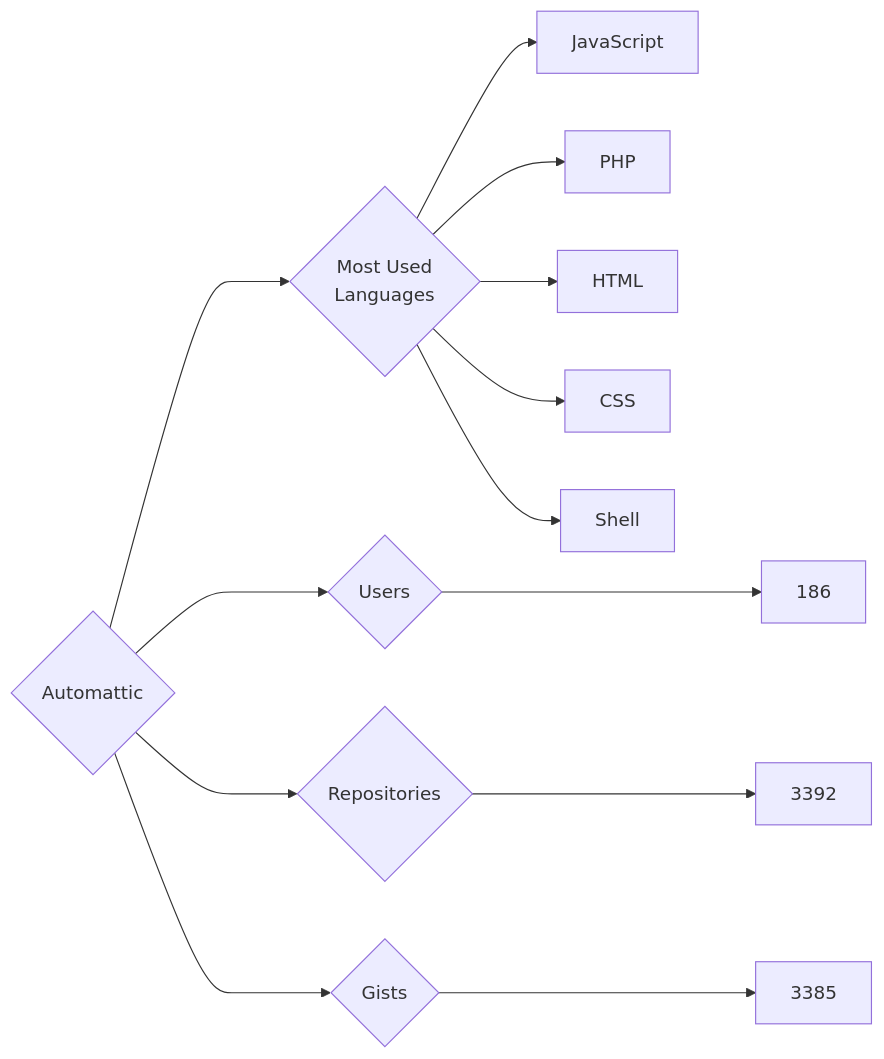
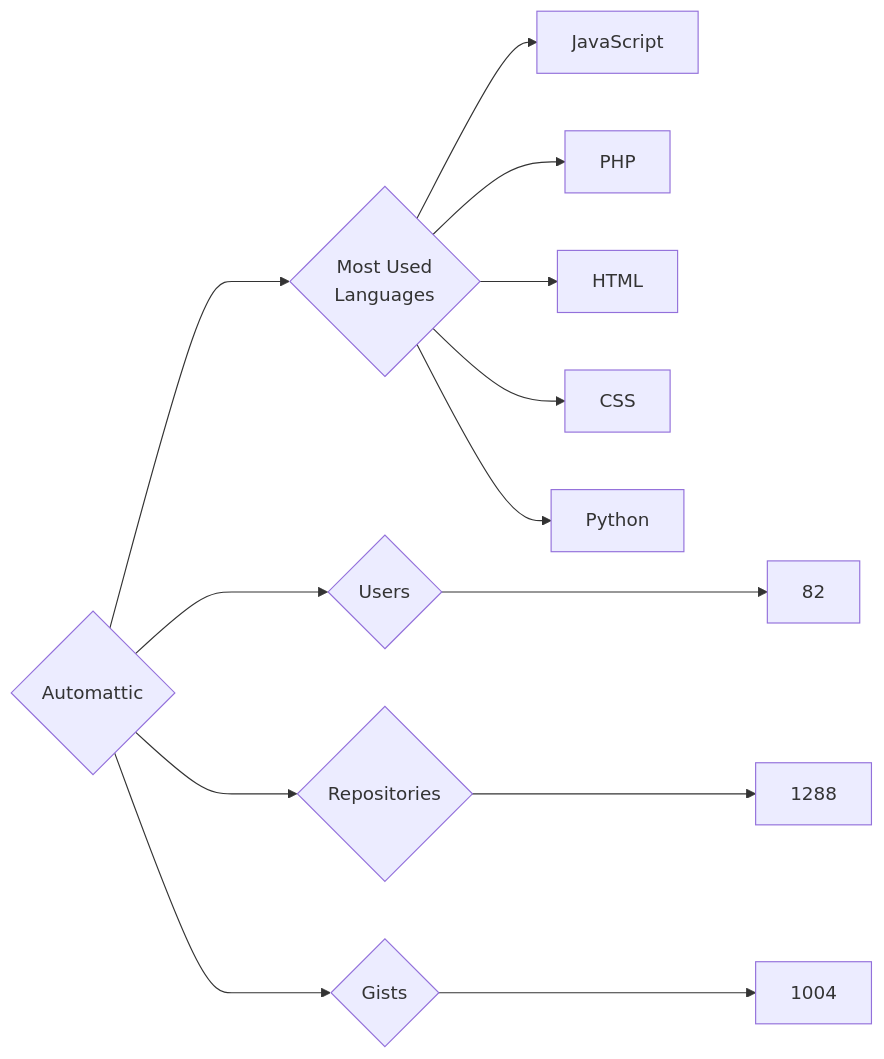
The diagram in targets/Automattic/README.md (trickest/insiders), drawn with Mermaid before and after one commit. The commit also changed 786 other files, not shown here.

````diff
--- a/targets/Automattic/README.md
+++ b/targets/Automattic/README.md
@@ -3,13 +3,13 @@
 ```mermaid
 graph LR
 COMPANY_NAME{Automattic}
-COMPANY_NAME ---> U{Users} ---> UN[186]
-COMPANY_NAME ---> R{Repositories} ---> RN[3392]
-COMPANY_NAME ---> G{Gists} ---> GN[3385]
+COMPANY_NAME ---> U{Users} ---> UN[82]
+COMPANY_NAME ---> R{Repositories} ---> RN[1288]
+COMPANY_NAME ---> G{Gists} ---> GN[1004]
 COMPANY_NAME ---> ML{Most Used<br>Languages}
 ML --> JavaScript[JavaScript]
 ML --> PHP[PHP]
 ML --> HTML[HTML]
 ML --> CSS[CSS]
-ML --> Shell[Shell]
+ML --> Python[Python]
 ```
````
